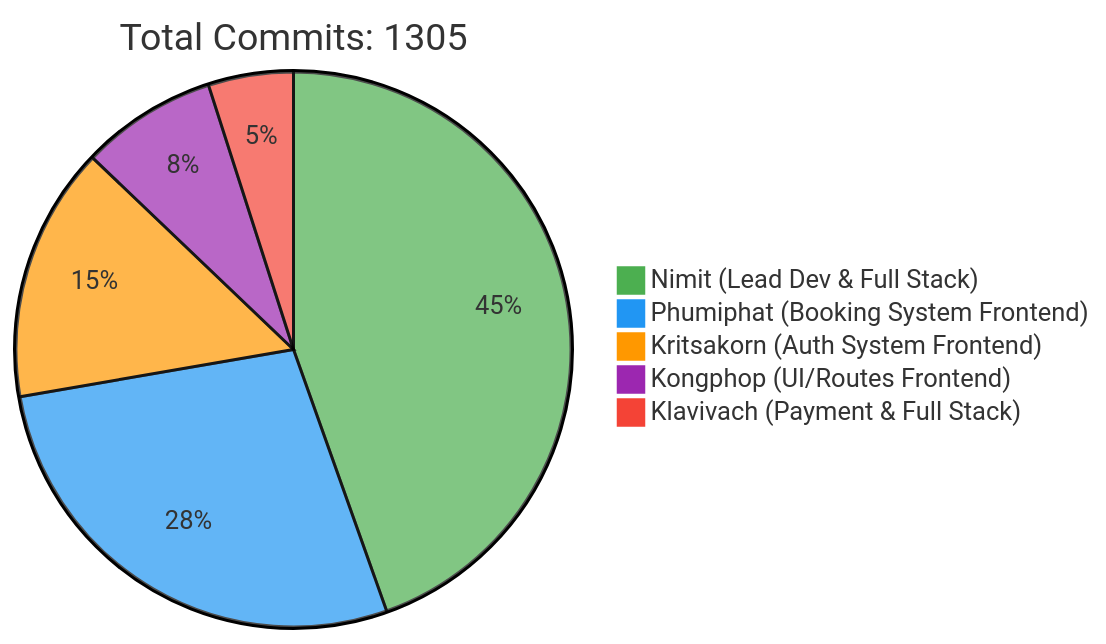
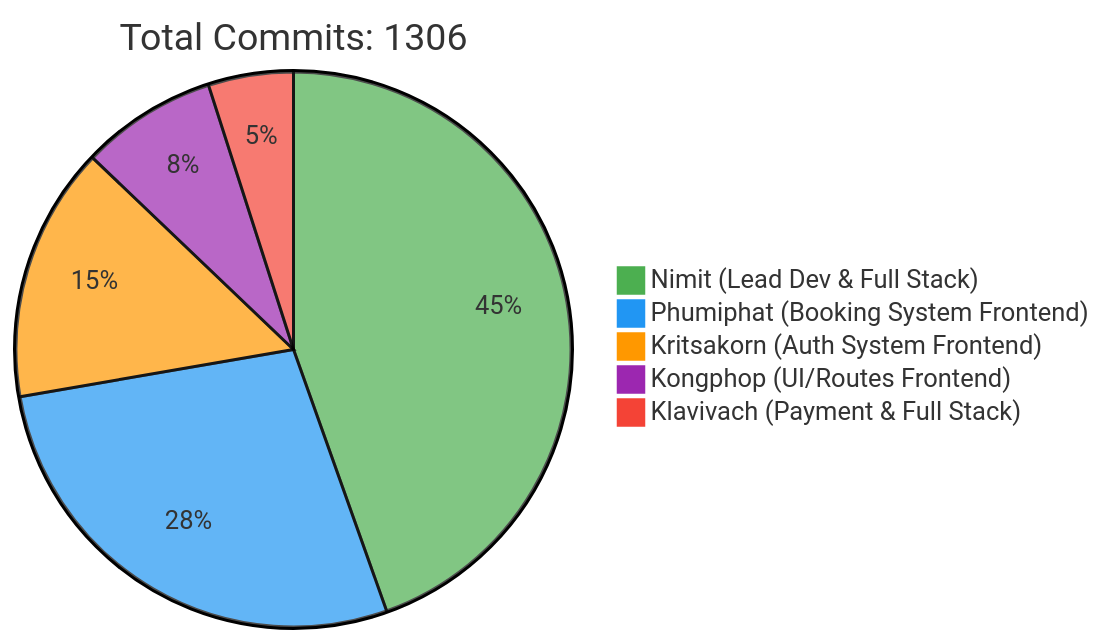
Before and after one commit to 6531503042/Sport-Complex: the first of 2 diagrams in README.md, drawn with Mermaid. The commit also changed other lines of this file, not shown here.

Commit message:
docs: Update contributor statistics [skip ci]

````diff
--- a/README.md
+++ b/README.md
@@ -257,10 +257,10 @@
 ```mermaid
 %%{init: {'theme': 'base', 'themeVariables': { 'pie1': '#4CAF50', 'pie2': '#2196F3', 'pie3': '#FF9800', 'pie4': '#9C27B0', 'pie5': '#F44336'}}}%%
 pie
-    title Total Commits: 1305
+    title Total Commits: 1306
     "Nimit (Lead Dev & Full Stack)" : 450
     "Phumiphat (Booking System Frontend)" : 280
     "Kritsakorn (Auth System Frontend)" : 150
     "Kongphop (UI/Routes Frontend)" : 80
     "Klavivach (Payment & Full Stack)" : 50
 ```
````
